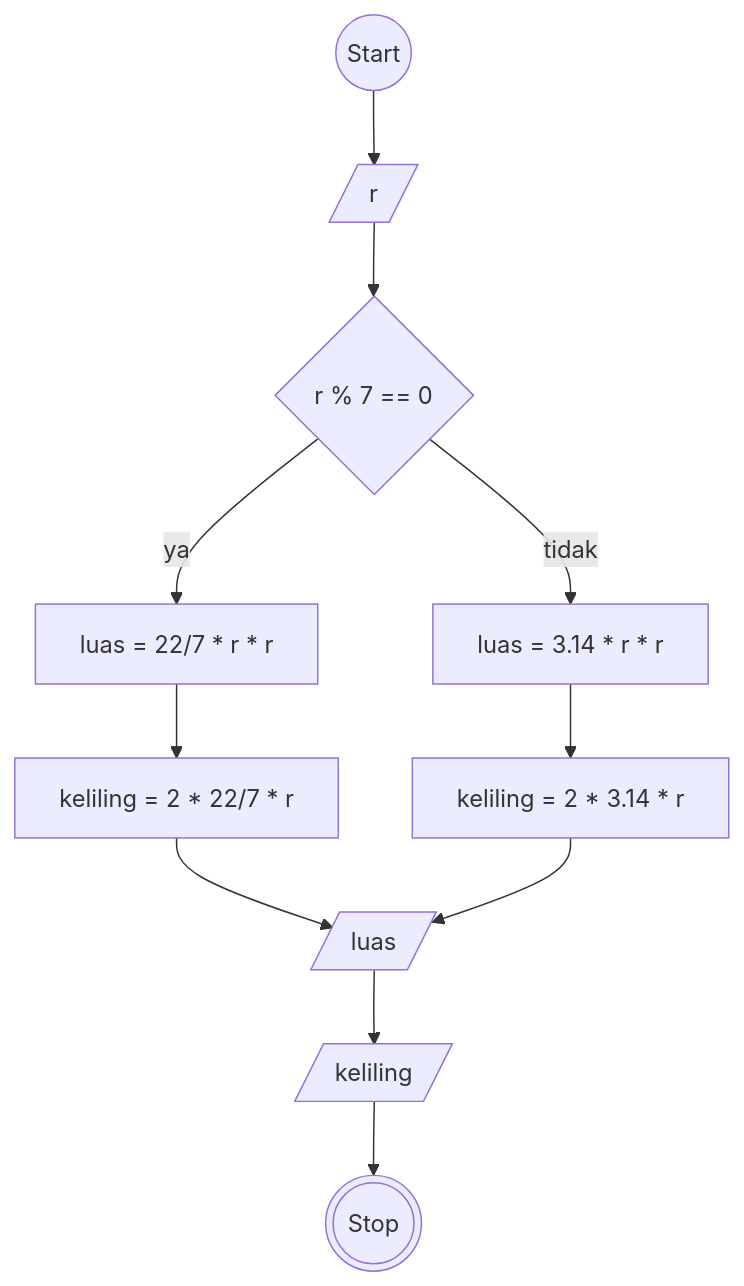
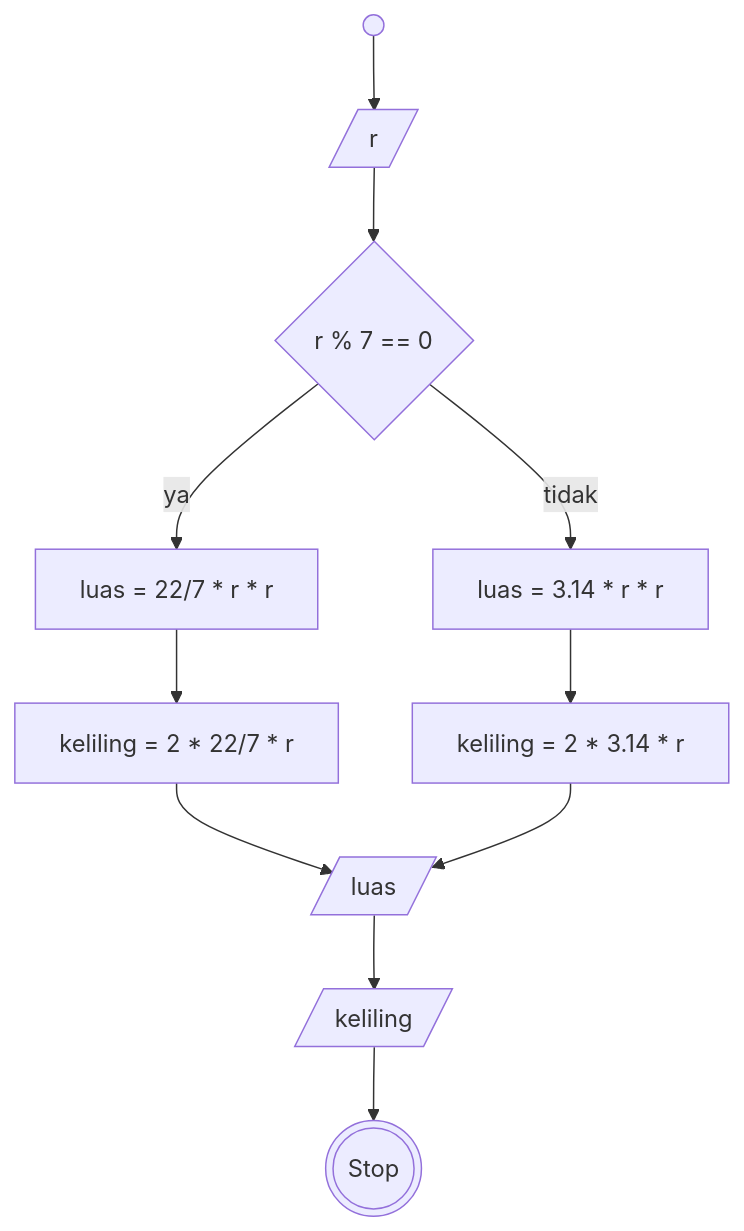
One commit to ktsrqsdev/koda-b10-algoritma changed the second of 2 diagrams in README.md. Above: the diagram before and after it, drawn with Mermaid.

Commit message:
Update flowchart shape for start node

````diff
--- a/README.md
+++ b/README.md
@@ -51,25 +51,25 @@
 ``` mermaid
 flowchart TD
-    start@{ shape: circle, label: "Start" }
+    start@{ shape: sm-circ, label: "Start" }
     stop@{ shape: dbl-circ, label: "Stop" }
     r@{ shape: lean-r, label: "r" }
     modr@{ shape: diamond, label: "r % 7 == 0" }
     luas1@{ shape: rect, label: "luas = 22/7 * r * r" }
     luas2@{ shape: rect, label: "luas = 3.14 * r * r" }
     keliling1@{ shape: rect, label: "keliling = 2 * 22/7 * r" }
     keliling2@{ shape: rect, label: "keliling = 2 * 3.14 * r" }
     outputluas@{ shape: lean-r, label: "luas" }
     outputkeliling@{ shape: lean-r, label: "keliling" }
 
 
     start --> r
     r --> modr
     modr --ya--> luas1
     modr --tidak--> luas2
     luas1 --> keliling1
     luas2 --> keliling2
     keliling1 & keliling2 --> outputluas
     outputluas --> outputkeliling
     outputkeliling --> stop
     
 ```
````
